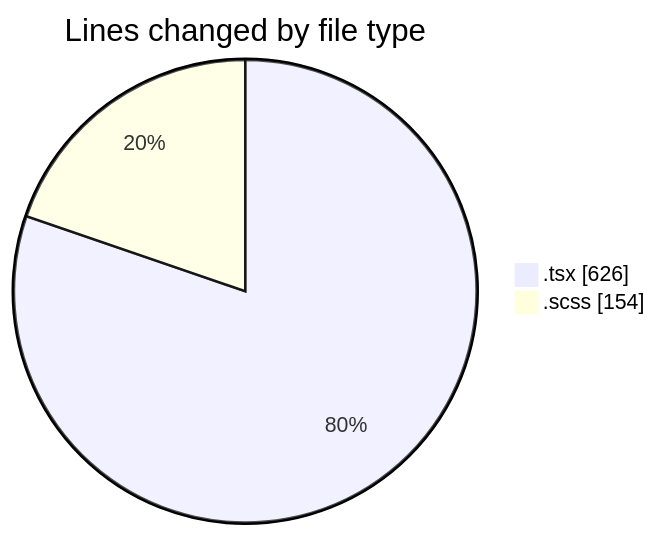
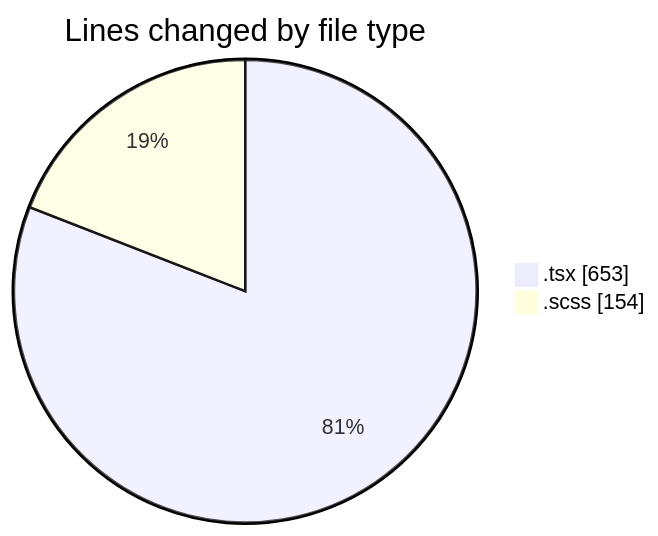
The first of 2 diagrams in 2025-10-01/cda/README.md (momahboobian/code-tracking), drawn with Mermaid before and after one commit. The commit also changed other lines of this file and 1 other file, not shown here.

````diff
--- a/2025-10-01/cda/README.md
+++ b/2025-10-01/cda/README.md
@@ -22,6 +22,6 @@
 ```mermaid
 pie showData
 title Lines changed by file type
-".tsx" : 626
+".tsx" : 653
 ".scss" : 154
 ```
````
